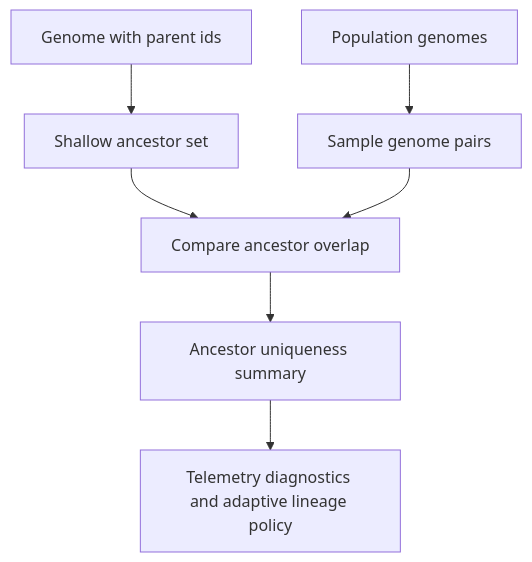
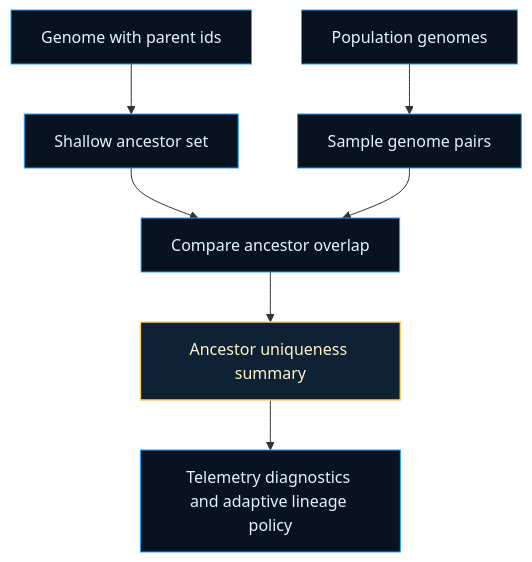
One commit to reicek/NeatapticTS changed the first of 3 diagrams in src/neat/lineage/README.md. Above: the diagram before and after it, drawn with Mermaid. The commit also changed other lines of this file and 121 other files, not shown here.

````diff
--- a/src/neat/lineage/README.md
+++ b/src/neat/lineage/README.md
@@ -26,9 +56,15 @@
 ```mermaid
 flowchart TD
+  classDef base fill:#08131f,stroke:#1ea7ff,color:#dff6ff,stroke-width:1px;
+  classDef accent fill:#0f2233,stroke:#ffd166,color:#fff4cc,stroke-width:1.5px;
+
   Genome[Genome with parent ids] --> Ancestors[Shallow ancestor set]
   Population[Population genomes] --> Pairs[Sample genome pairs]
   Ancestors --> Distance[Compare ancestor overlap]
   Pairs --> Distance
   Distance --> Uniqueness[Ancestor uniqueness summary]
   Uniqueness --> Consumers[Telemetry diagnostics and adaptive lineage policy]
+
+  class Genome,Ancestors,Population,Pairs,Distance,Consumers base;
+  class Uniqueness accent;
 ```
````
